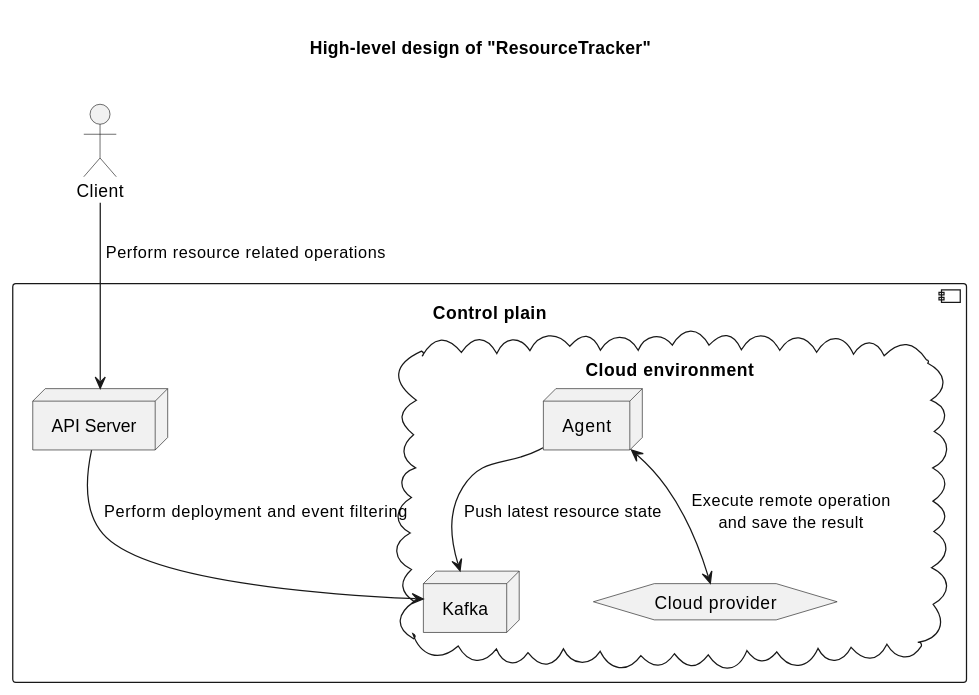
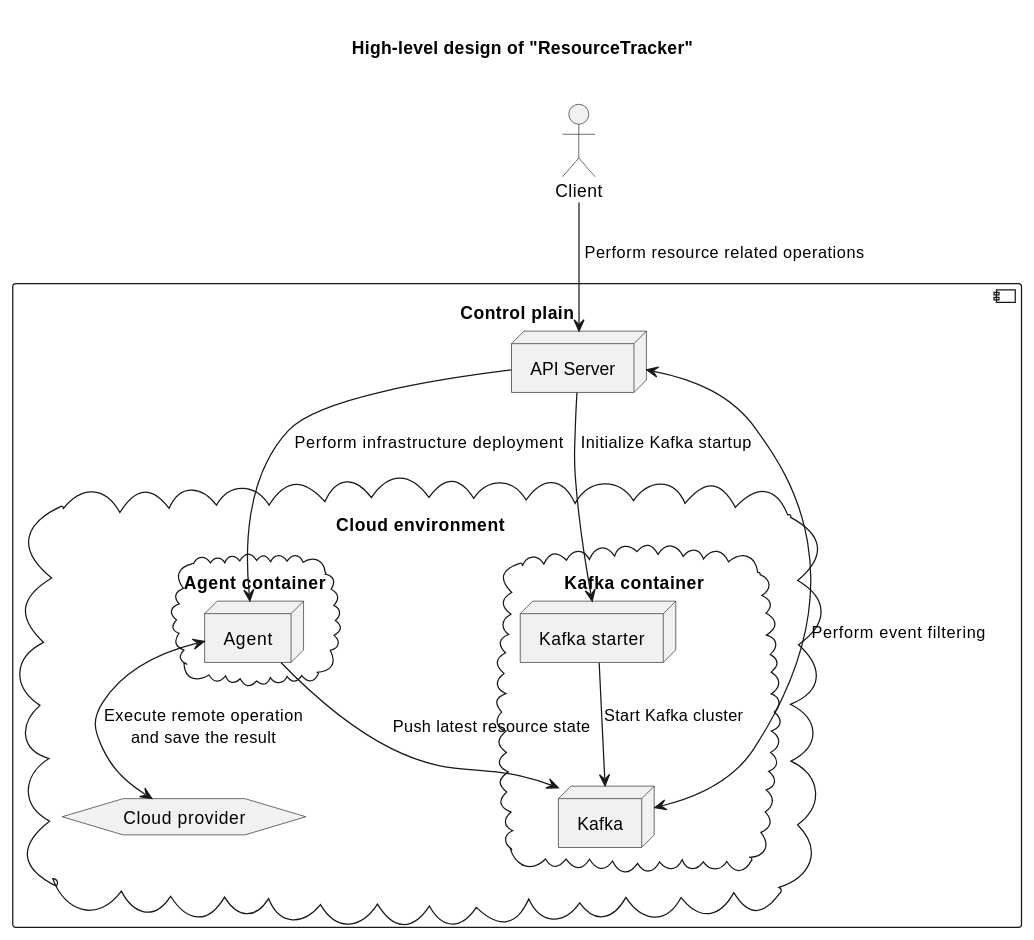
One commit to YarikRevich/ResourceTracker changed the diagram in docs/high-level-design-raw.md. Above: the diagram before and after it, drawn with PlantUML. The commit also changed 9 other files, not shown here.

````diff
--- a/docs/high-level-design-raw.md
+++ b/docs/high-level-design-raw.md
@@ -1,26 +1,35 @@
 ```plantuml
 title
 
 High-level design of "ResourceTracker"
 
 end title
 
 actor "Client"
 
 component "Control plain" {
 node "API Server"
 
 cloud "Cloud environment" {
+cloud "Agent container" {
+node "Agent"
+}
+
+cloud "Kafka container" {
 node "Kafka"
-node "Agent"
+node "Kafka starter"
+}
 hexagon "Cloud provider"
 
     [Agent] <--> [Cloud provider]: "Execute remote operation\nand save the result"
     [Agent] --> [Kafka]: "Push latest resource state"
 }
 
-[API Server] --> [Kafka]: "Perform deployment and event filtering\t\t"
+[API Server] --> [Agent]: " Perform infrastructure deployment\n"
+[API Server] --> [Kafka starter]: " Initialize Kafka startup\n"
+[Kafka starter] --> [Kafka]: "Start Kafka cluster\n"
+[API Server] <--> [Kafka]: "Perform event filtering\t\t"
 }
 
 [Client] --> [API Server]: " Perform resource related operations"
 ```
````
